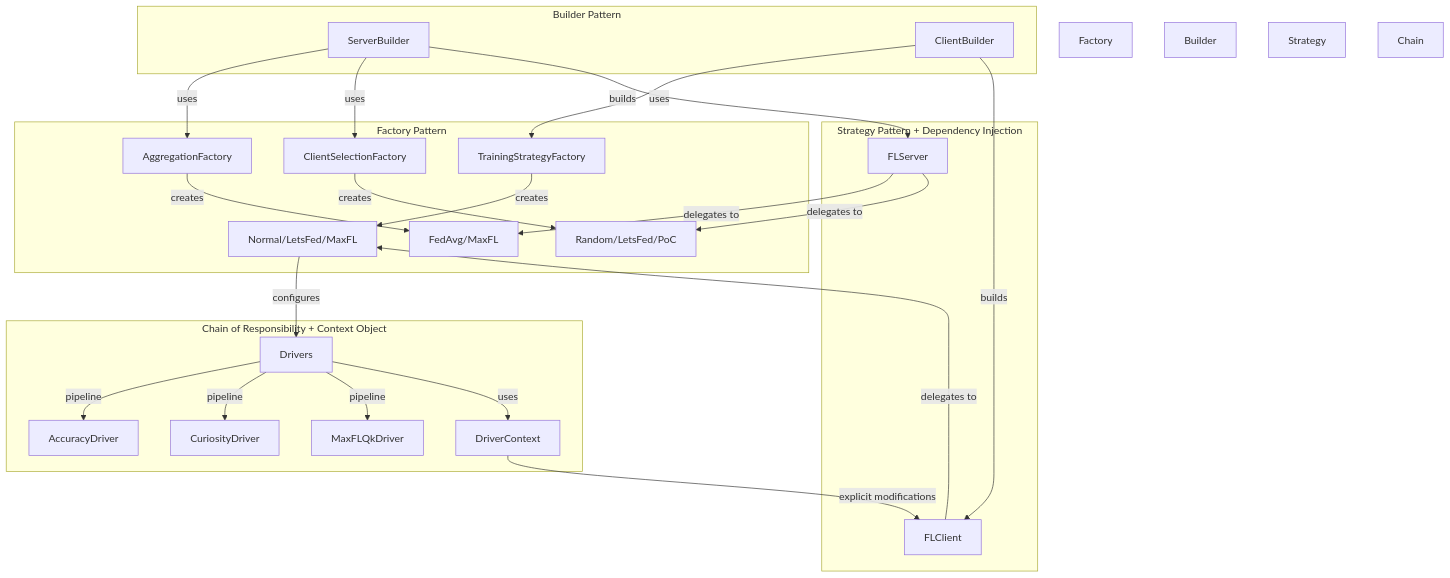
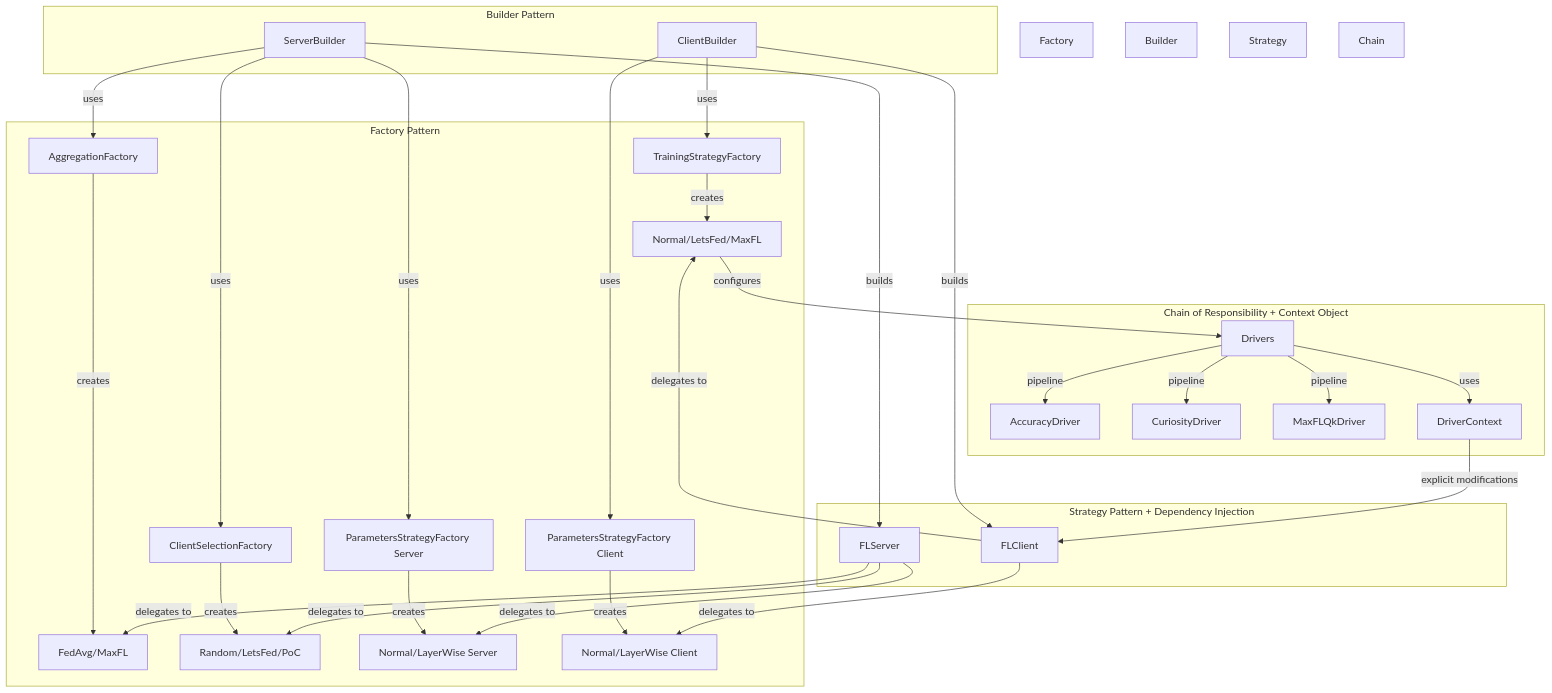
Before and after one commit to rafaeloj/LetsFed: the first of 12 diagrams in README.md, drawn with Mermaid. The commit also changed other lines of this file, not shown here.

````diff
--- a/README.md
+++ b/README.md
@@ -187,43 +206,51 @@
 ```mermaid
 graph TB
     subgraph "Factory Pattern"
         AF[AggregationFactory]
         CSF[ClientSelectionFactory]
         TSF[TrainingStrategyFactory]
+        PSF_S[ParametersStrategyFactory Server]
+        PSF_C[ParametersStrategyFactory Client]
         AF -->|creates| AGG[FedAvg/MaxFL]
         CSF -->|creates| SEL[Random/LetsFed/PoC]
         TSF -->|creates| TRN[Normal/LetsFed/MaxFL]
+        PSF_S -->|creates| PS_S[Normal/LayerWise Server]
+        PSF_C -->|creates| PS_C[Normal/LayerWise Client]
     end
 
     subgraph "Builder Pattern"
         SB[ServerBuilder]
         CB[ClientBuilder]
         SB -->|uses| AF
         SB -->|uses| CSF
+        SB -->|uses| PSF_S
         CB -->|uses| TSF
+        CB -->|uses| PSF_C
     end
 
     subgraph "Strategy Pattern + Dependency Injection"
         FLS[FLServer]
         FLC[FLClient]
         SB -->|builds| FLS
         CB -->|builds| FLC
         FLS -->|delegates to| AGG
         FLS -->|delegates to| SEL
+        FLS -->|delegates to| PS_S
         FLC -->|delegates to| TRN
+        FLC -->|delegates to| PS_C
     end
 
     subgraph "Chain of Responsibility + Context Object"
         TRN -->|configures| DRV[Drivers]
         DRV -->|pipeline| D1[AccuracyDriver]
         DRV -->|pipeline| D2[CuriosityDriver]
         DRV -->|pipeline| D3[MaxFLQkDriver]
         DRV -->|uses| CTX[DriverContext]
         CTX -->|explicit modifications| FLC
     end
 
     style Factory Pattern fill:#e1f5ff
     style Builder Pattern fill:#fff4e1
     style Strategy Pattern + Dependency Injection fill:#e8f5e9
     style Chain of Responsibility + Context Object fill:#f3e5f5
 ```
````
